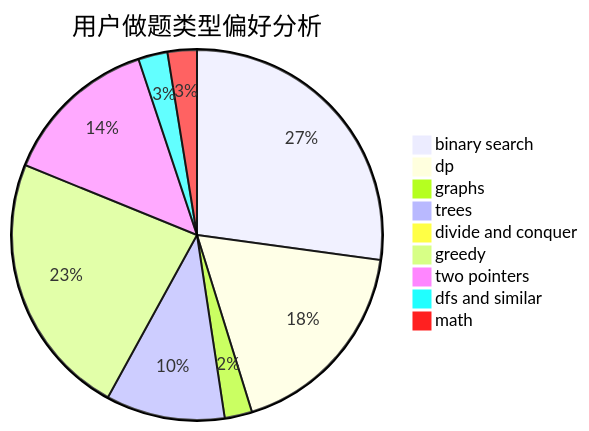
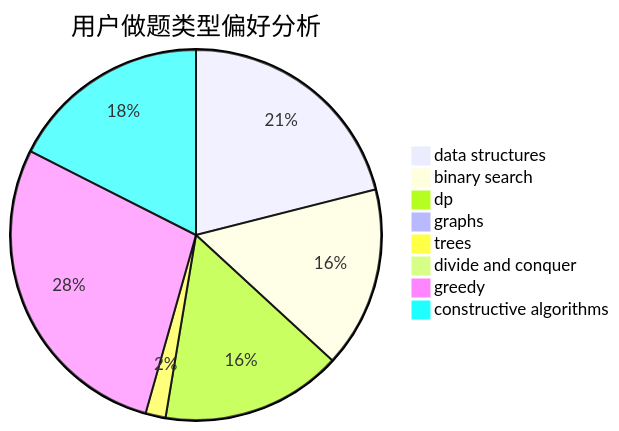
Before and after one commit to sherpahu/cfrs.github.io: the second of 3 diagrams in docs/user/u1263.md, drawn with Mermaid. The commit also changed other lines of this file and 2775 other files, not shown here.

````diff
--- a/docs/user/u1263.md
+++ b/docs/user/u1263.md
@@ -23,12 +23,11 @@
 ```mermaid
 pie title 用户做题类型偏好分析
-    "binary search" :  170
-    "dp" :  113
-    "graphs" :  15
-    "trees" :  65
+    "data structures" :  12
+    "binary search" :  9
+    "dp" :  9
+    "graphs" :  0
+    "trees" :  1
     "divide and conquer" :  0
-    "greedy" :  145
-    "two pointers" :  86
-    "dfs and similar" :  16
-    "math" :  16
+    "greedy" :  16
+    "constructive algorithms" :  10
 ```
````
